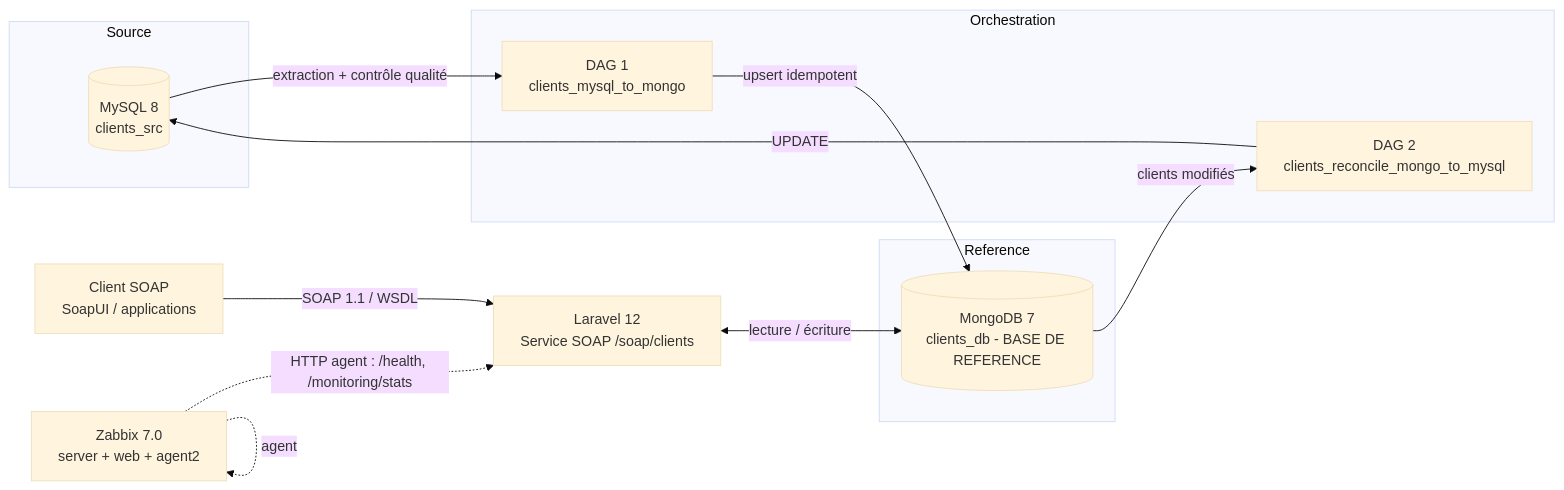
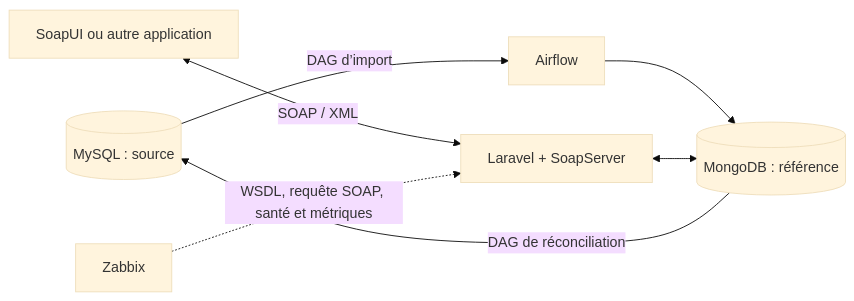
The diagram in README.md (gildaskoanda/soap-clients-groupe5-si), drawn with Mermaid (base theme) before and after one commit. The commit also changed other lines of this file and 33 other files, not shown here.

````diff
--- a/README.md
+++ b/README.md
@@ -16,22 +26,9 @@
 ```mermaid
 flowchart LR
-  subgraph Source
-    MY[(MySQL 8<br/>clients_src)]
-  end
-  subgraph Orchestration
-    D1[DAG 1<br/>clients_mysql_to_mongo]
-    D2[DAG 2<br/>clients_reconcile_mongo_to_mysql]
-  end
-  subgraph Reference
-    MO[(MongoDB 7<br/>clients_db - BASE DE REFERENCE)]
-  end
-  SOAP[Laravel 12<br/>Service SOAP /soap/clients]
-  CL[Client SOAP<br/>SoapUI / applications]
-  ZB[Zabbix 7.0<br/>server + web + agent2]
-
-  MY -->|extraction + contrôle qualité| D1 -->|upsert idempotent| MO
-  MO -->|clients modifiés| D2 -->|UPDATE| MY
-  CL -->|SOAP 1.1 / WSDL| SOAP <-->|lecture / écriture| MO
-  ZB -.->|HTTP agent : /health, /monitoring/stats| SOAP
-  ZB -.->|agent| ZB
+    MY[(MySQL : source)] -->|DAG d’import| AF[Airflow]
+    AF --> MO[(MongoDB : référence)]
+    CL[SoapUI ou autre application] <-->|SOAP / XML| L[Laravel + SoapServer]
+    L <--> MO
+    MO -->|DAG de réconciliation| MY
+    Z[Zabbix] -.->|WSDL, requête SOAP, santé et métriques| L
 ```
````
